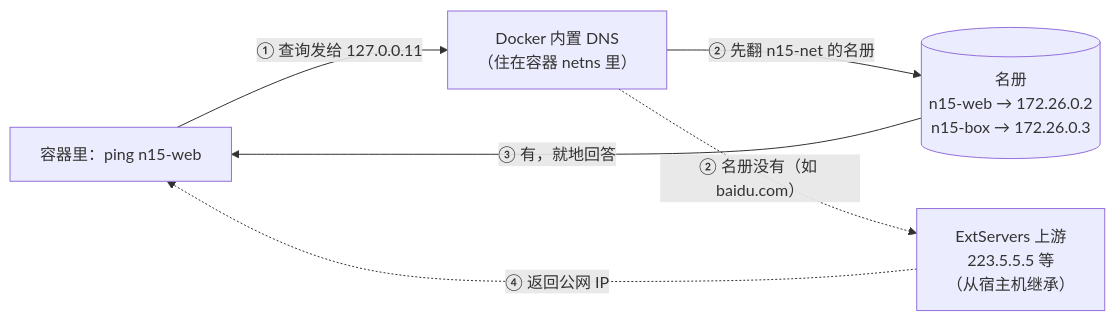
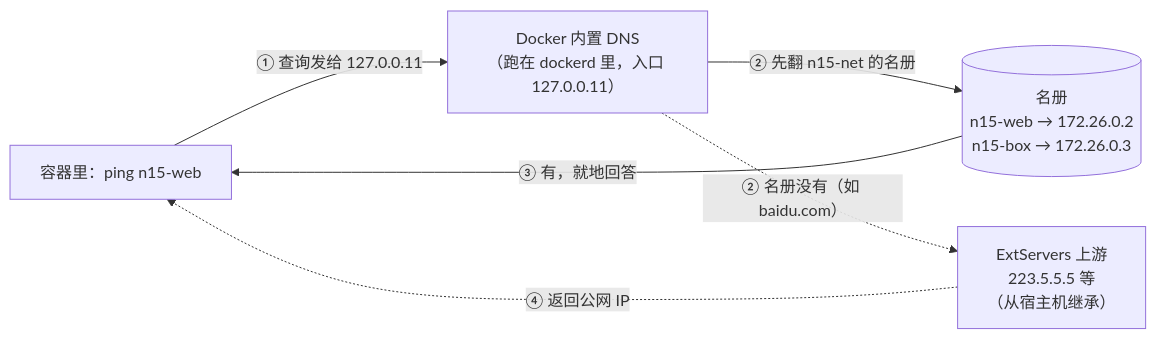
One commit to code-corey/code-corey.github.io changed the fifth of 6 diagrams in src/云原生/docker/docker-15-network.md. Above: the diagram before and after it, drawn with Mermaid. The commit also changed other lines of this file and 16 other files, not shown here.

````diff
--- a/src/云原生/docker/docker-15-network.md
+++ b/src/云原生/docker/docker-15-network.md
@@ -677,8 +679,8 @@
 ```mermaid
 flowchart LR
-    Q["容器里：ping n15-web"] -->|"① 查询发给 127.0.0.11"| R["Docker 内置 DNS<br/>（住在容器 netns 里）"]
+    Q["容器里：ping n15-web"] -->|"① 查询发给 127.0.0.11"| R["Docker 内置 DNS<br/>（跑在 dockerd 里，入口 127.0.0.11）"]
     R -->|"② 先翻 n15-net 的名册"| B[("名册<br/>n15-web → 172.26.0.2<br/>n15-box → 172.26.0.3")]
     B -->|"③ 有，就地回答"| Q
     R -.->|"② 名册没有（如 baidu.com）"| U["ExtServers 上游<br/>223.5.5.5 等<br/>（从宿主机继承）"]
     U -.->|"④ 返回公网 IP"| Q
 ```
````
